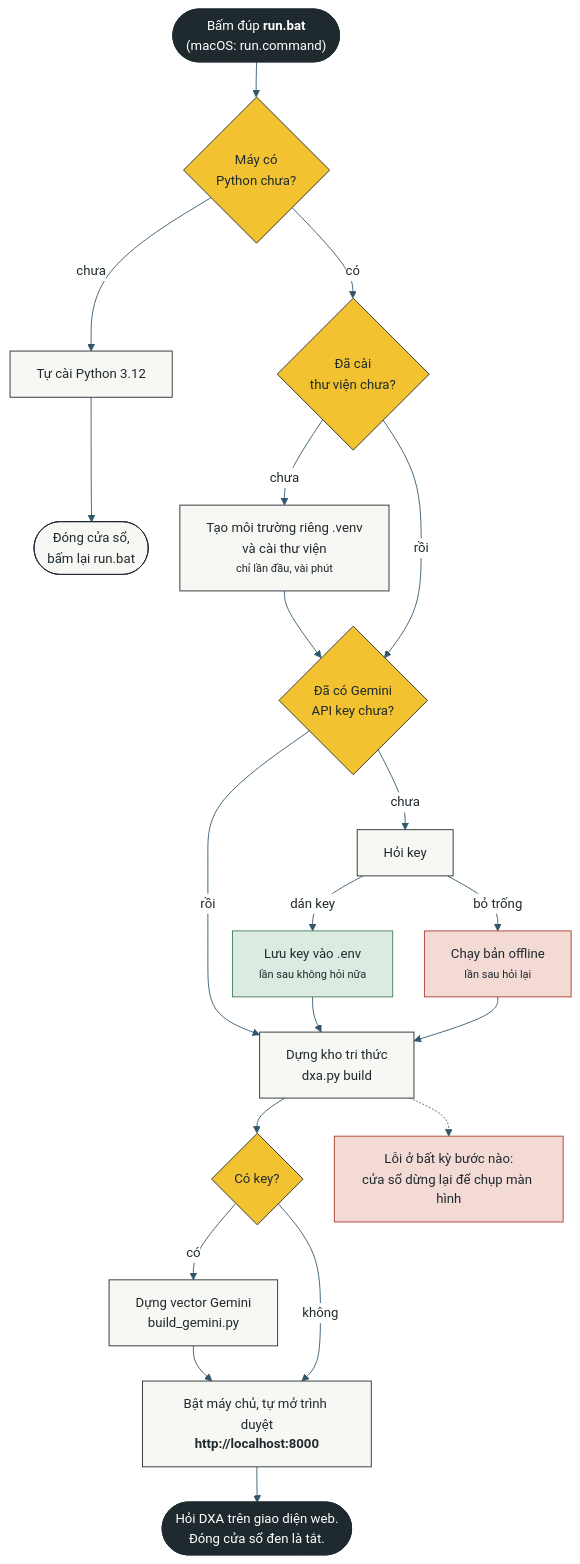
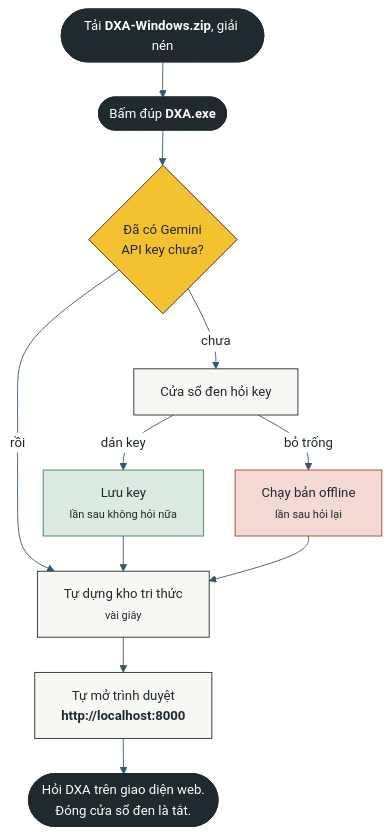
One commit to ydangishere/dev-projects changed the diagram in dxa-youtube-agent/docs/run-flow.mmd. Above: the diagram before and after it, drawn with Mermaid. The commit also changed 2 other files, not shown here.

Commit message:
docs(dxa): README download-and-run section for DXA.exe, simpler run diagram
Claude-Session: https://claude.ai/code/session_0152qqw76bCFctzg5czFd7pL

```diff
--- a/dxa-youtube-agent/docs/run-flow.mmd
+++ b/dxa-youtube-agent/docs/run-flow.mmd
@@ -1,42 +1,27 @@
 %%{init: {"theme":"base","fontFamily":"Inter, DejaVu Sans, sans-serif","themeVariables":{"fontFamily":"Inter, DejaVu Sans, sans-serif","fontSize":"15px","primaryColor":"#F7F7F4","primaryBorderColor":"#1F2A2E","primaryTextColor":"#1F2A2E","lineColor":"#33566B","edgeLabelBackground":"#FFFFFF"},"flowchart":{"curve":"basis","nodeSpacing":36,"rankSpacing":40}}}%%
 flowchart TB
-    START(["Bấm đúp <b>run.bat</b><br/>(macOS: run.command)"])
-    P{"Máy có<br/>Python chưa?"}
-    PI["Tự cài Python 3.12"]
-    AGAIN(["Đóng cửa sổ,<br/>bấm lại run.bat"])
-    V{"Đã cài<br/>thư viện chưa?"}
-    VI["Tạo môi trường riêng .venv<br/>và cài thư viện<br/><small>chỉ lần đầu, vài phút</small>"]
+    DL(["Tải <b>DXA-Windows.zip</b>, giải nén"])
+    START(["Bấm đúp <b>DXA.exe</b>"])
     K{"Đã có Gemini<br/>API key chưa?"}
-    ASK["Hỏi key"]
-    SAVE["Lưu key vào .env<br/><small>lần sau không hỏi nữa</small>"]
+    ASK["Cửa sổ đen hỏi key"]
+    SAVE["Lưu key<br/><small>lần sau không hỏi nữa</small>"]
     OFF["Chạy bản offline<br/><small>lần sau hỏi lại</small>"]
-    B["Dựng kho tri thức<br/>dxa.py build"]
-    G{"Có key?"}
-    GB["Dựng vector Gemini<br/>build_gemini.py"]
-    WEB["Bật máy chủ, tự mở trình duyệt<br/><b>http://localhost:8000</b>"]
+    B["Tự dựng kho tri thức<br/><small>vài giây</small>"]
+    WEB["Tự mở trình duyệt<br/><b>http://localhost:8000</b>"]
     USE(["Hỏi DXA trên giao diện web.<br/>Đóng cửa sổ đen là tắt."])
-    ERR["Lỗi ở bất kỳ bước nào:<br/>cửa sổ dừng lại để chụp màn hình"]
 
-    START --> P
-    P -- "chưa" --> PI --> AGAIN
-    P -- "có" --> V
-    V -- "chưa" --> VI --> K
-    V -- "rồi" --> K
+    DL --> START --> K
     K -- "rồi" --> B
     K -- "chưa" --> ASK
     ASK -- "dán key" --> SAVE --> B
     ASK -- "bỏ trống" --> OFF --> B
-    B --> G
-    G -- "có" --> GB --> WEB
-    G -- "không" --> WEB
-    WEB --> USE
-    B -.-> ERR
+    B --> WEB --> USE
 
     classDef gate fill:#F2C230,stroke:#1F2A2E,color:#1F2A2E
     classDef go fill:#1F2A2E,stroke:#1F2A2E,color:#FFFFFF
     classDef good fill:#DCEBE1,stroke:#3E7C59,color:#1F2A2E
     classDef warn fill:#F3DAD5,stroke:#A93A2A,color:#1F2A2E
-    class P,V,K,G gate
-    class START,USE go
+    class K gate
+    class DL,START,USE go
     class SAVE good
-    class OFF,ERR warn
+    class OFF warn
```
